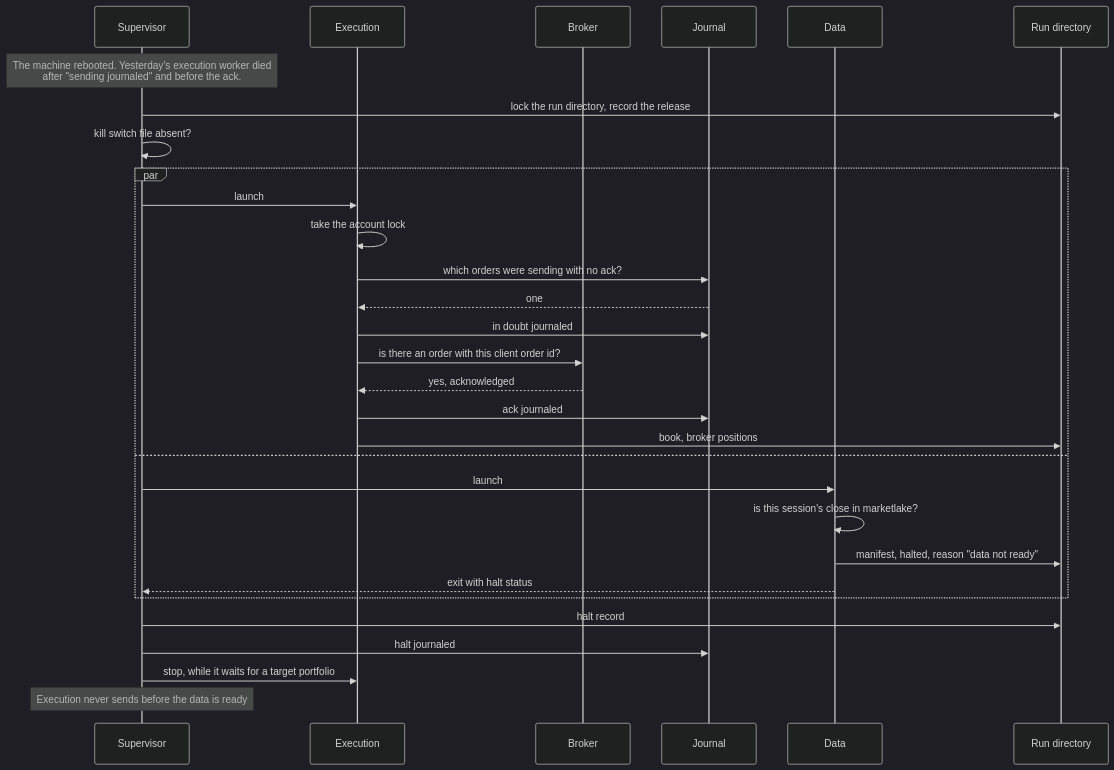
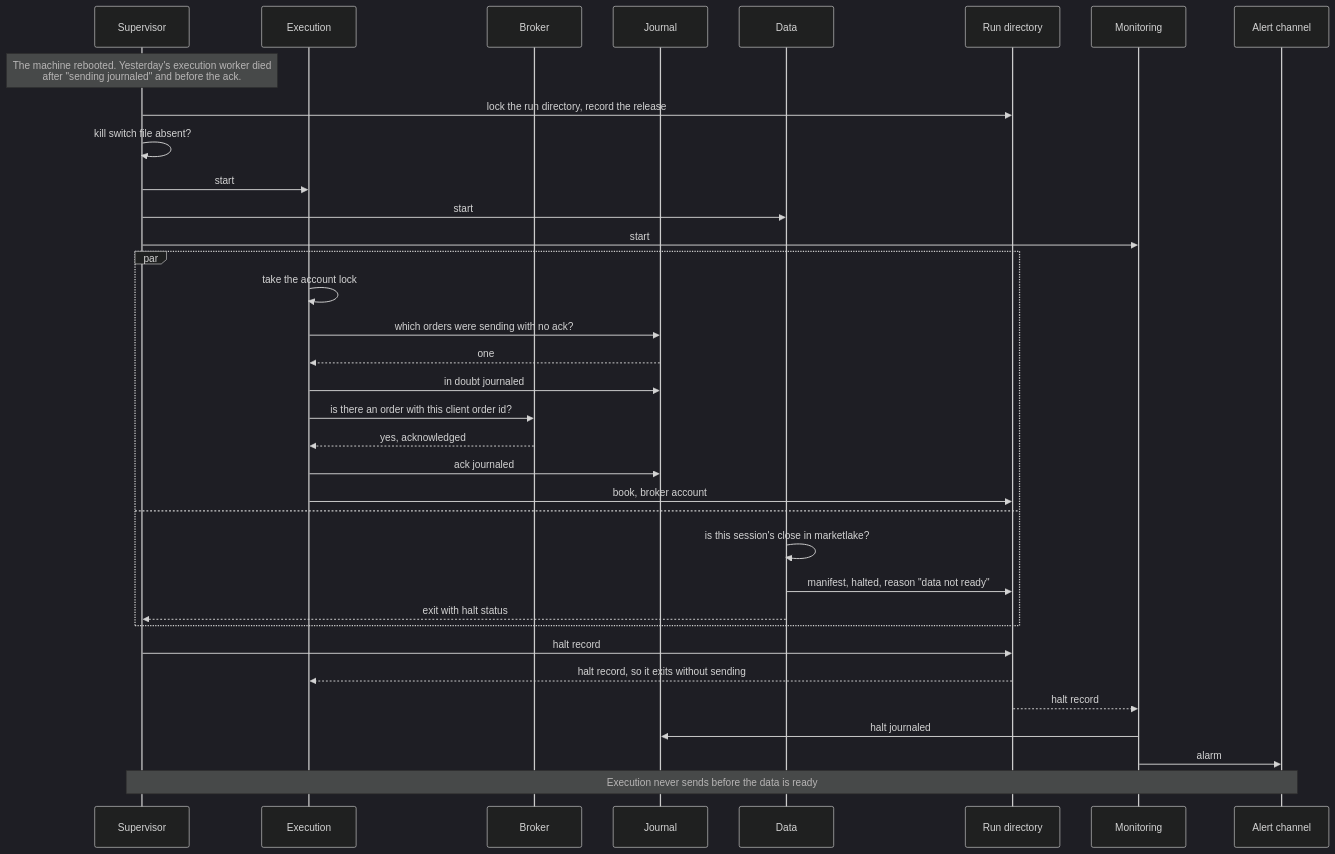
Before and after one commit to l3a0/ithildin-runtime: the sixth of 16 diagrams in docs/architecture.md, drawn with Mermaid (dark theme). The commit also changed other lines of this file and 2 other files, not shown here.

First line of the commit message:
docs(architecture): fix what the review of the process revision found

````diff
--- a/docs/architecture.md
+++ b/docs/architecture.md
@@ -576,33 +609,38 @@
 ```mermaid
 sequenceDiagram
     participant V as Supervisor
     participant X as Execution
     participant B as Broker
     participant J as Journal
     participant D as Data
     participant F as Run directory
+    participant M as Monitoring
+    participant L as Alert channel
 
     Note over V: The machine rebooted. Yesterday's execution worker died<br/>after "sending journaled" and before the ack.
     V->>F: lock the run directory, record the release
     V->>V: kill switch file absent?
+    V->>X: start
+    V->>D: start
+    V->>M: start
     par
-        V->>X: launch
         X->>X: take the account lock
         X->>J: which orders were sending with no ack?
         J-->>X: one
         X->>J: in doubt journaled
         X->>B: is there an order with this client order id?
         B-->>X: yes, acknowledged
         X->>J: ack journaled
-        X->>F: book, broker positions
+        X->>F: book, broker account
     and
-        V->>D: launch
         D->>D: is this session's close in marketlake?
         D->>F: manifest, halted, reason "data not ready"
         D-->>V: exit with halt status
     end
     V->>F: halt record
-    V->>J: halt journaled
-    V->>X: stop, while it waits for a target portfolio
-    Note over V: Execution never sends before the data is ready
+    F-->>X: halt record, so it exits without sending
+    F-->>M: halt record
+    M->>J: halt journaled
+    M->>L: alarm
+    Note over V,L: Execution never sends before the data is ready
 ```
````
